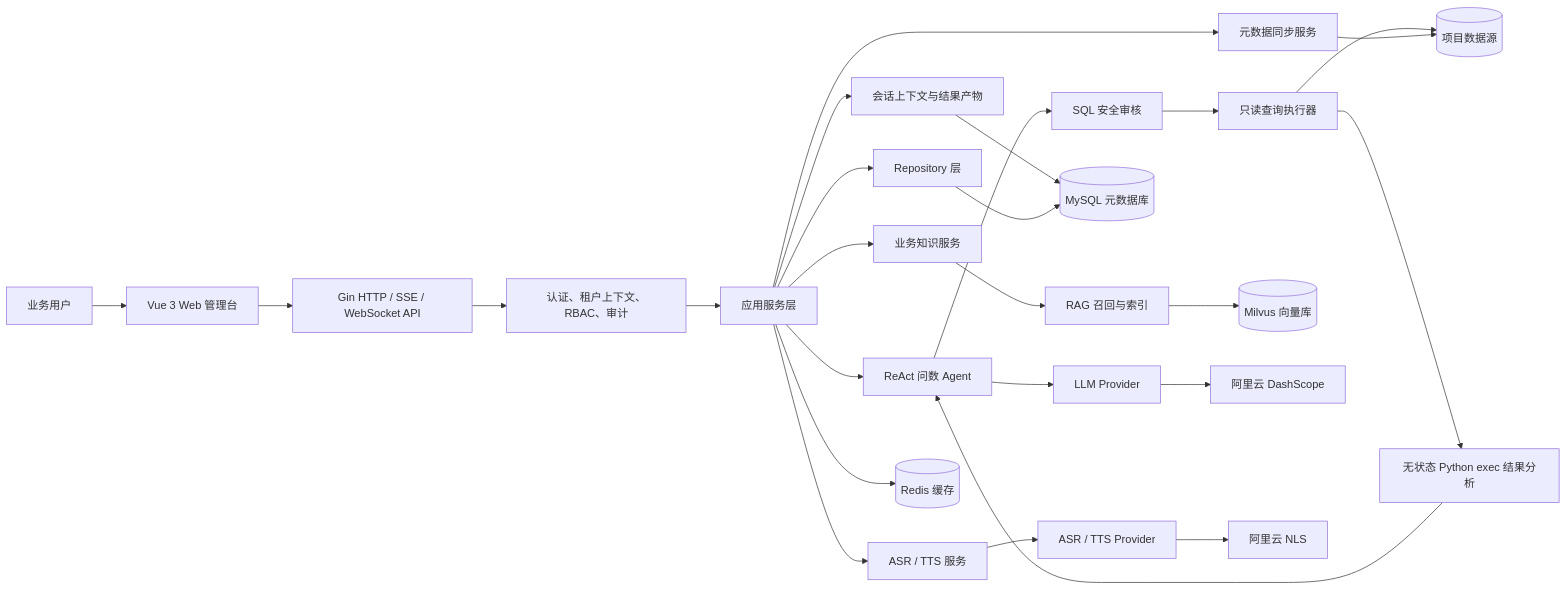
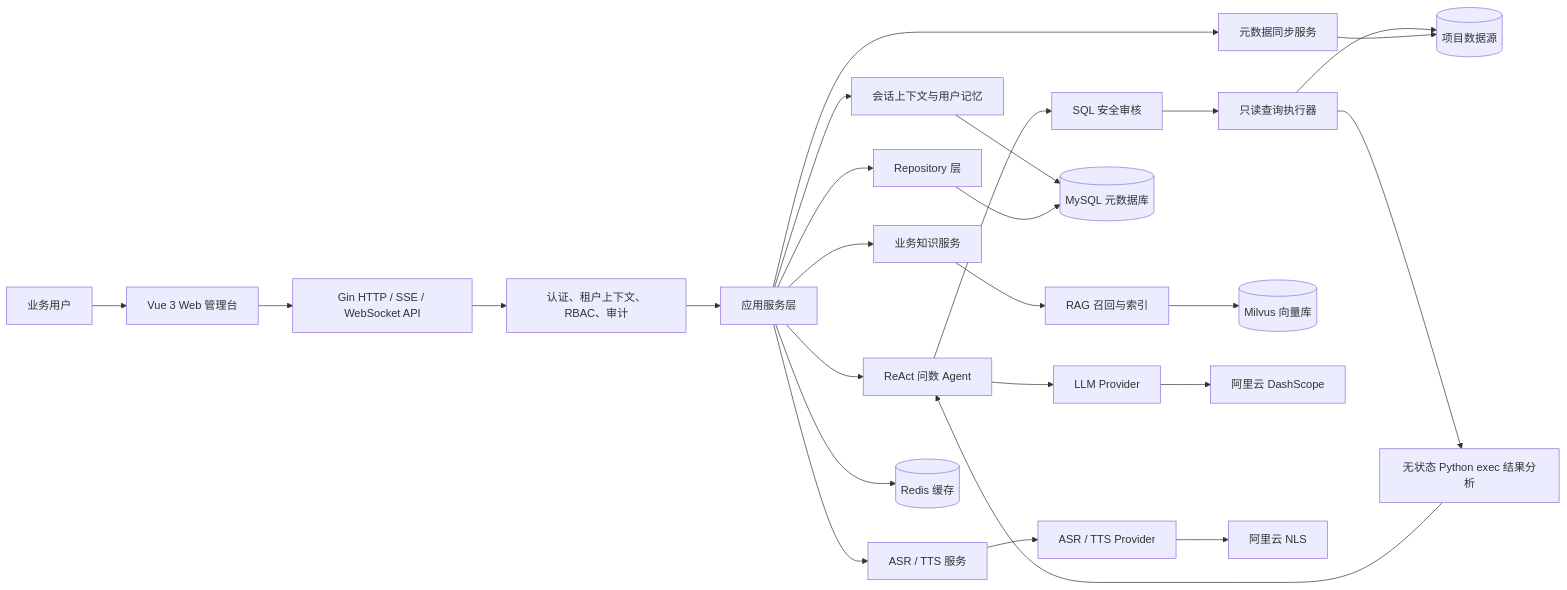
The first of 3 diagrams in README-zh.md (fanxiangqing/ling-shu), drawn with Mermaid before and after one commit. The commit also changed other lines of this file and 1 other file, not shown here.

Commit message:
docs: document user memory

````diff
--- a/README-zh.md
+++ b/README-zh.md
@@ -61,32 +63,32 @@
 ```mermaid
 flowchart LR
   User["业务用户"] --> Web["Vue 3 Web 管理台"]
   Web --> API["Gin HTTP / SSE / WebSocket API"]
   API --> Gate["认证、租户上下文、RBAC、审计"]
   Gate --> Service["应用服务层"]
 
   Service --> Agent["ReAct 问数 Agent"]
-  Service --> Memory["会话上下文与结果产物"]
+  Service --> Memory["会话上下文与用户记忆"]
   Service --> Knowledge["业务知识服务"]
   Service --> Metadata["元数据同步服务"]
   Service --> Voice["ASR / TTS 服务"]
   Service --> Repo["Repository 层"]
 
   Agent --> Review["SQL 安全审核"]
   Review --> Executor["只读查询执行器"]
   Executor --> Sources[("项目数据源")]
   Executor --> PyExec["无状态 Python exec 结果分析"]
   PyExec --> Agent
 
   Knowledge --> RAG["RAG 召回与索引"]
   RAG --> Milvus[("Milvus 向量库")]
 
   Metadata --> Sources
   Memory --> MySQL[("MySQL 元数据库")]
   Repo --> MySQL
   Service --> Redis[("Redis 缓存")]
   Agent --> LLM["LLM Provider"]
   Voice --> Speech["ASR / TTS Provider"]
   LLM --> Aliyun["阿里云 DashScope"]
   Speech --> AliyunNLS["阿里云 NLS"]
 ```
````
